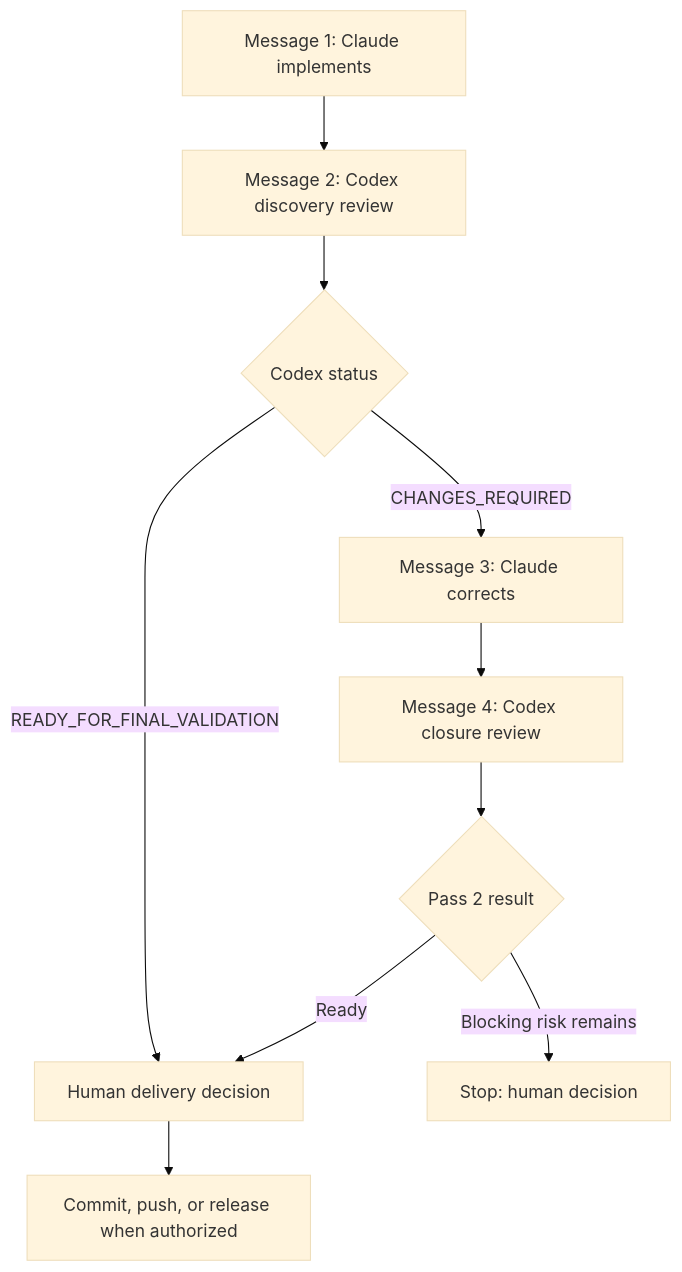
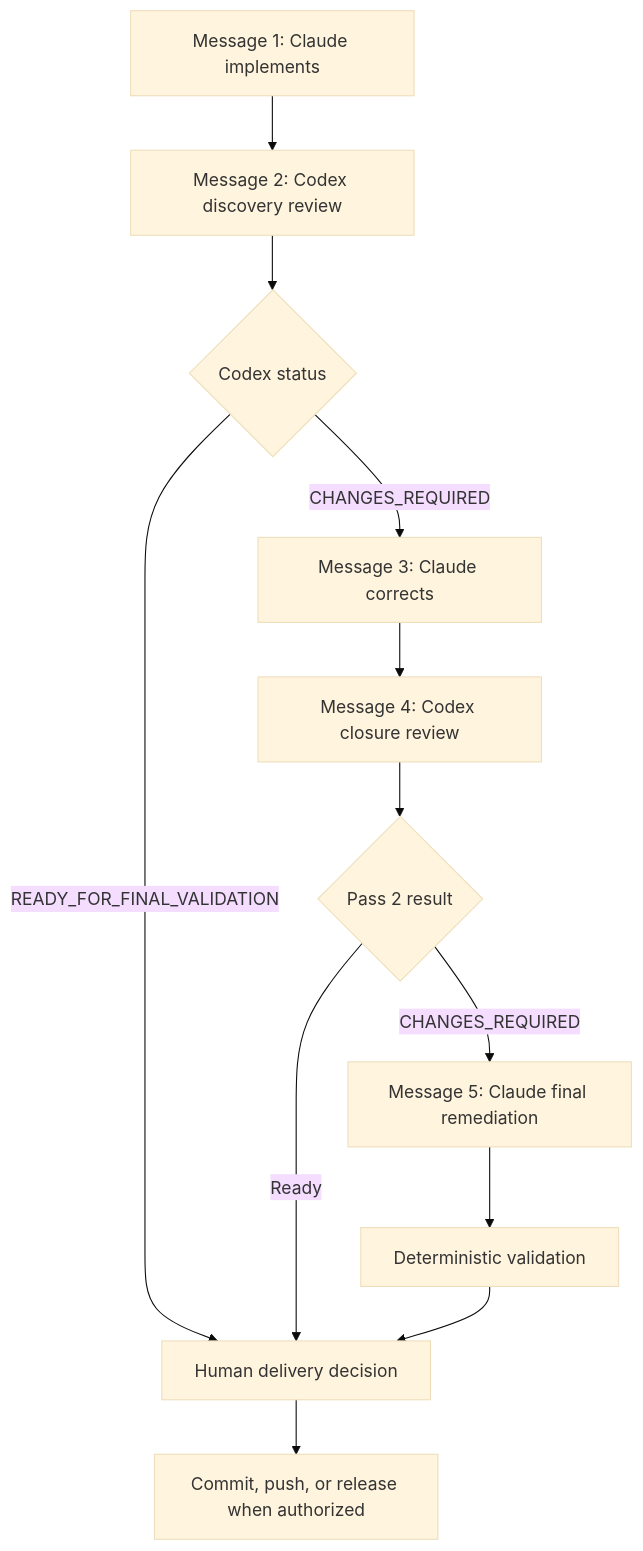
Before and after one commit to HerbertGourout/modular-rag-framework: the diagram in docs/guides/ai-engineering-workflow.md, drawn with Mermaid. The commit also changed other lines of this file and 2 other files, not shown here.

First line of the commit message:
docs: add Message 5 (final Claude remediation) to the bounded review workflow

````diff
--- a/docs/guides/ai-engineering-workflow.md
+++ b/docs/guides/ai-engineering-workflow.md
@@ -22,13 +26,15 @@
 ```mermaid
 %%{init: {"theme": "base"}}%%
 flowchart TD
     A[Message 1: Claude implements] --> B[Message 2: Codex discovery review]
     B --> C{Codex status}
     C -->|READY_FOR_FINAL_VALIDATION| F[Human delivery decision]
     C -->|CHANGES_REQUIRED| D[Message 3: Claude corrects]
     D --> E[Message 4: Codex closure review]
     E --> G{Pass 2 result}
     G -->|Ready| F
-    G -->|Blocking risk remains| H[Stop: human decision]
+    G -->|CHANGES_REQUIRED| H[Message 5: Claude final remediation]
+    H --> J[Deterministic validation]
+    J --> F
     F --> I[Commit, push, or release when authorized]
 ```
````
